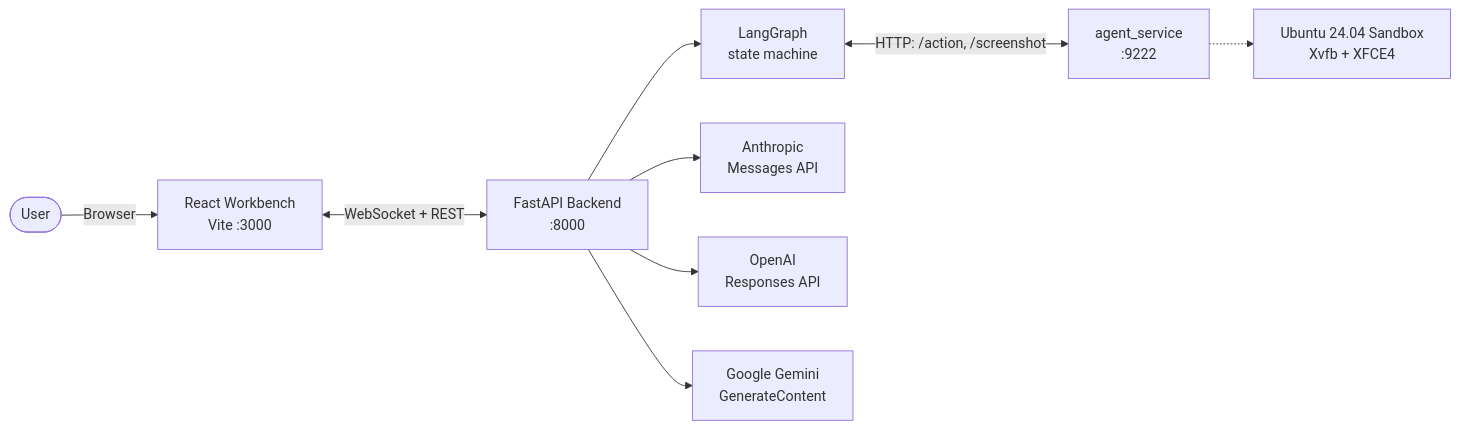
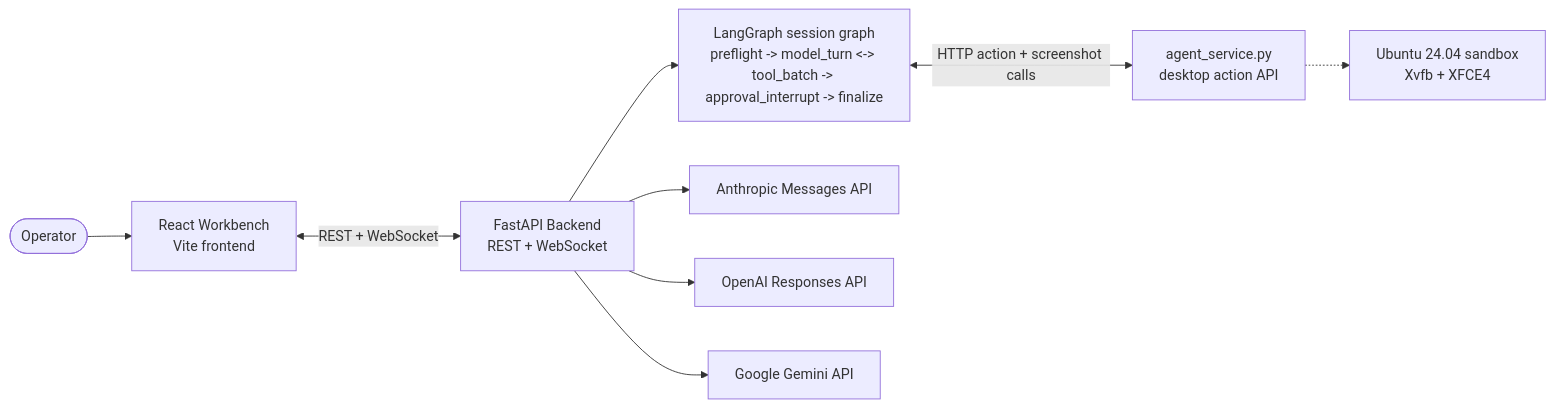
Before and after one commit to pypi-ahmad/computer-use: the diagram in README.md, drawn with Mermaid. The commit also changed other lines of this file and 5 other files, not shown here.

````diff
--- a/README.md
+++ b/README.md
@@ -30,21 +253,21 @@
 ```mermaid
 flowchart LR
-    User([User])
-    UI[React Workbench<br/>Vite :3000]
-    API[FastAPI Backend<br/>:8000]
-    GRAPH[LangGraph<br/>state machine]
-    DOCKER[Ubuntu 24.04 Sandbox<br/>Xvfb + XFCE4]
-    AGENT[agent_service<br/>:9222]
-    ANTH[Anthropic<br/>Messages API]
-    OAI[OpenAI<br/>Responses API]
-    GOOG[Google Gemini<br/>GenerateContent]
+    User([Operator])
+    UI[React Workbench<br/>Vite frontend]
+    API[FastAPI Backend<br/>REST + WebSocket]
+    GRAPH[LangGraph session graph<br/>preflight -> model_turn <-> tool_batch -> approval_interrupt -> finalize]
+    DOCKER[Ubuntu 24.04 sandbox<br/>Xvfb + XFCE4]
+    AGENT[agent_service.py<br/>desktop action API]
+    ANTH[Anthropic Messages API]
+    OAI[OpenAI Responses API]
+    GOOG[Google Gemini API]
 
-    User -->|Browser| UI
-    UI <-->|WebSocket + REST| API
+    User --> UI
+    UI <-->|REST + WebSocket| API
     API --> GRAPH
-    GRAPH <-->|HTTP: /action, /screenshot| AGENT
+    GRAPH <-->|HTTP action + screenshot calls| AGENT
     AGENT -.-> DOCKER
     API --> ANTH
     API --> OAI
     API --> GOOG
 ```
````
